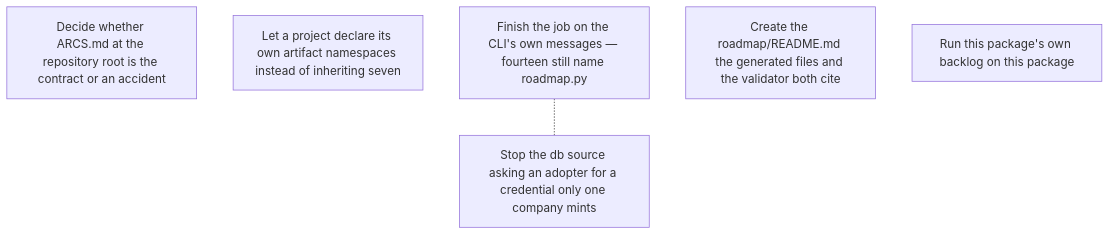
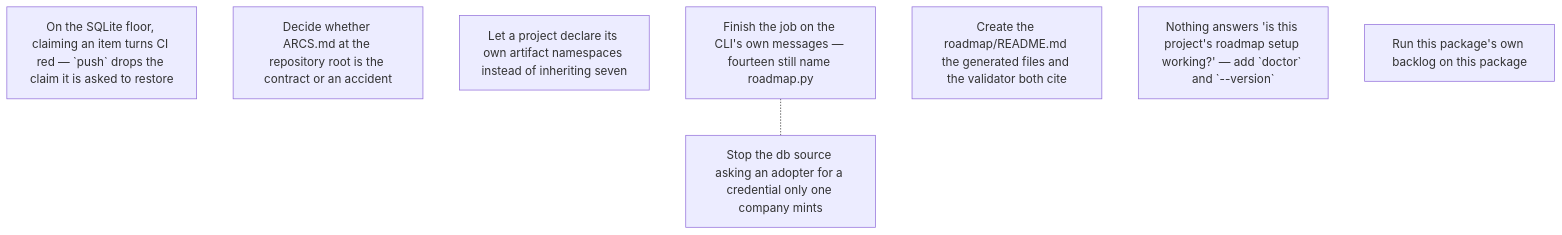
Before and after one commit to gald33/roadmap-core: the diagram in roadmap/ROADMAP.md, drawn with Mermaid. The commit also changed other lines of this file and 6 other files, not shown here.

First line of the commit message:
Answer "is this setup working?" — add doctor and --version (#5)

````diff
--- a/roadmap/ROADMAP.md
+++ b/roadmap/ROADMAP.md
@@ -37,10 +39,12 @@
 ```mermaid
 graph TD
+  a_claim_cannot_survive_the_floors_ci["On the SQLite floor, claiming an item turns CI red — `push` drops the claim it is asked to restore"]
   arcs_md_path_is_not_configurable["Decide whether ARCS.md at the repository root is the contract or an accident"]
   artifact_namespaces_are_one_projects["Let a project declare its own artifact namespaces instead of inheriting seven"]
   cli_messages_name_a_script_that_does_not_exist["Finish the job on the CLI's own messages — fourteen still name roadmap.py"]
   credential_error_names_one_repos_secret["Stop the db source asking an adopter for a credential only one company mints"]
   generated_file_points_at_an_uncreated_readme["Create the roadmap/README.md the generated files and the validator both cite"]
+  nothing_tells_an_adopter_their_setup_is_broken["Nothing answers 'is this project's roadmap setup working?' — add `doctor` and `--version`"]
   roadmap_core_runs_its_own_roadmap["Run this package's own backlog on this package"]
   cli_messages_name_a_script_that_does_not_exist -.- credential_error_names_one_repos_secret
 ```
````
